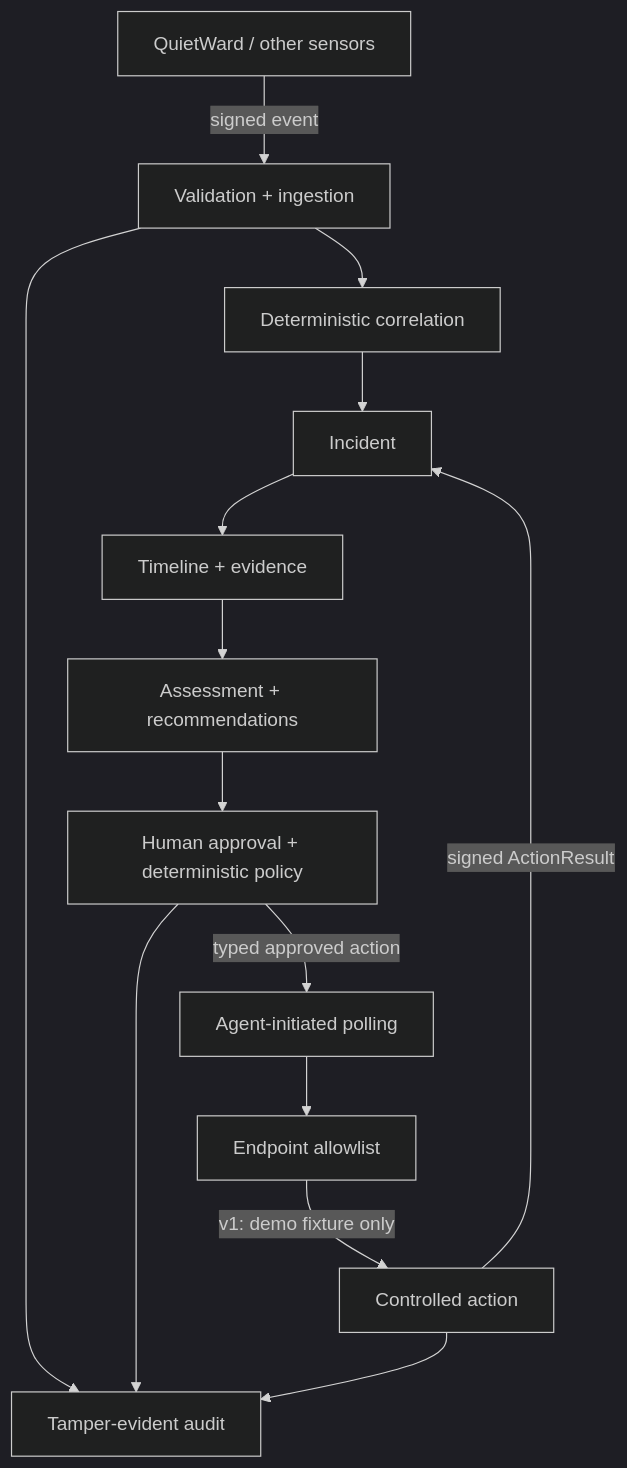
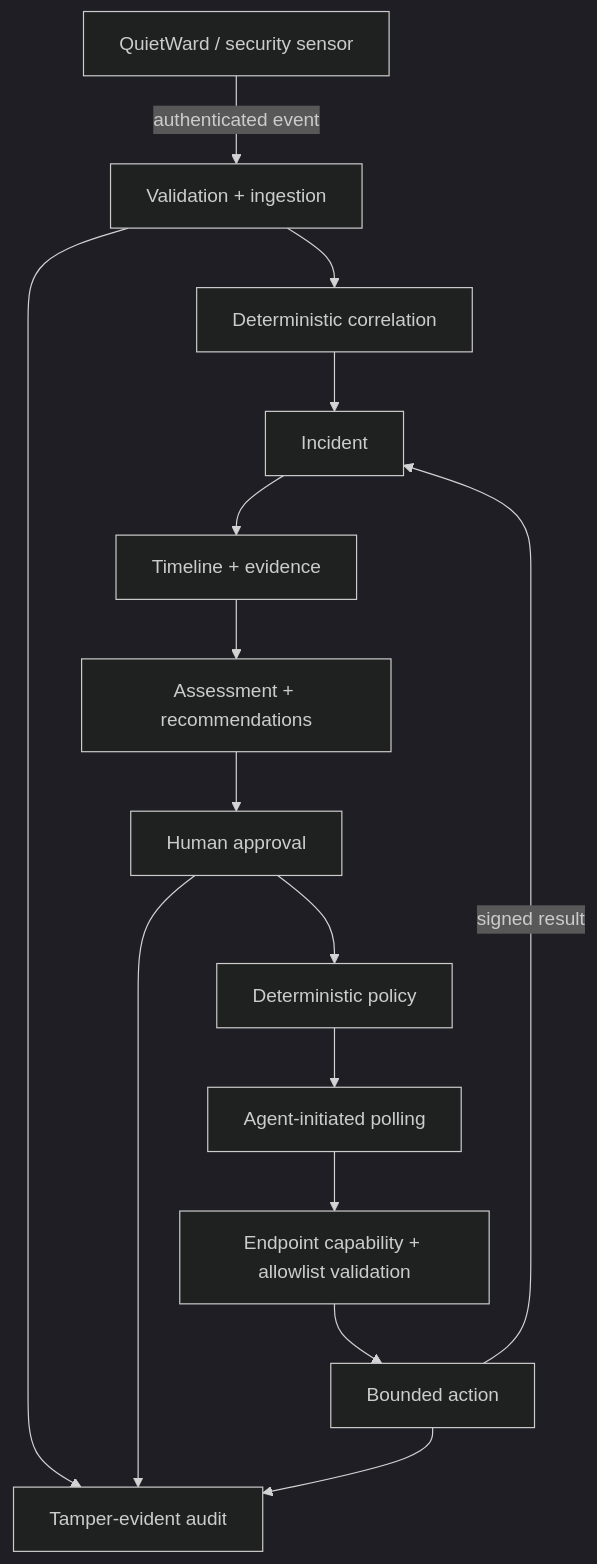
Before and after one commit to LUKEcheadle-ship-it/quietward-response: the second of 2 diagrams in README.md, drawn with Mermaid (dark theme). The commit also changed other lines of this file, not shown here.

````diff
--- a/README.md
+++ b/README.md
@@ -54,16 +126,17 @@
 ```mermaid
 flowchart TD
-    Q[QuietWard / other sensors] -->|signed event| I[Validation + ingestion]
+    S[QuietWard / security sensor] -->|authenticated event| I[Validation + ingestion]
     I --> C[Deterministic correlation]
     C --> X[Incident]
     X --> T[Timeline + evidence]
     T --> R[Assessment + recommendations]
-    R --> P[Human approval + deterministic policy]
-    P -->|typed approved action| A[Agent-initiated polling]
-    A --> E[Endpoint allowlist]
-    E -->|v1: demo fixture only| Z[Controlled action]
-    Z -->|signed ActionResult| X
+    R --> H[Human approval]
+    H --> P[Deterministic policy]
+    P --> A[Agent-initiated polling]
+    A --> V[Endpoint capability + allowlist validation]
+    V --> D[Bounded action]
+    D -->|signed result| X
     I --> U[Tamper-evident audit]
-    P --> U
-    Z --> U
+    H --> U
+    D --> U
 ```
````
